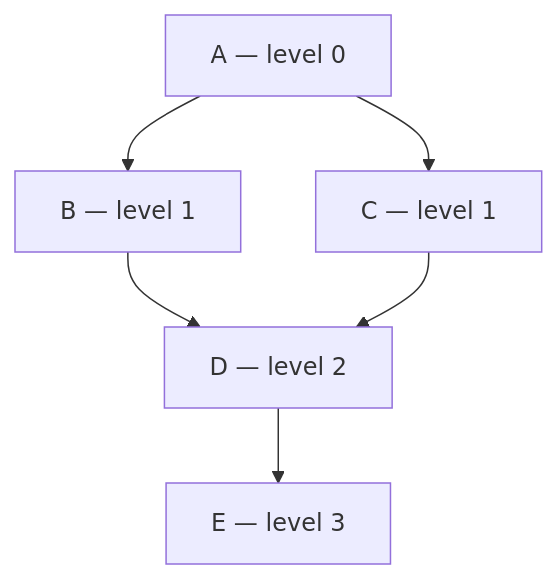
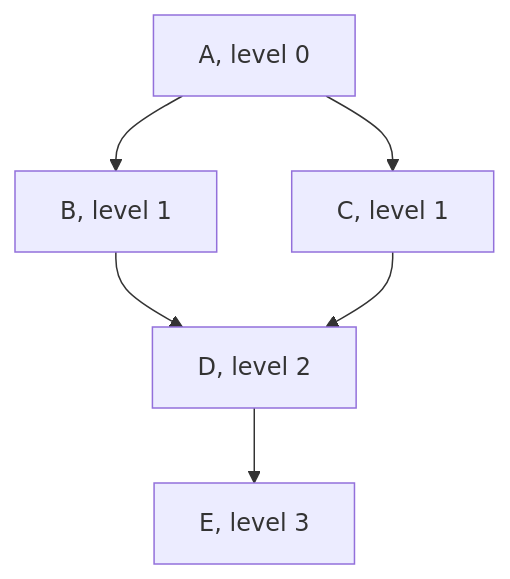
One commit to jennarbates/StratigraphyGenerator changed the diagram in docs/cs/breadth-first-search.md. Above: the diagram before and after it, drawn with Mermaid. The commit also changed other lines of this file and 309 other files, not shown here.

````diff
--- a/docs/cs/breadth-first-search.md
+++ b/docs/cs/breadth-first-search.md
@@ -43,8 +43,8 @@
 ```mermaid
 flowchart TB
-  A["A — level 0"] --> B["B — level 1"]
-  A --> C["C — level 1"]
-  B --> D["D — level 2"]
+  A["A, level 0"] --> B["B, level 1"]
+  A --> C["C, level 1"]
+  B --> D["D, level 2"]
   C --> D
-  D --> E["E — level 3"]
+  D --> E["E, level 3"]
 ```
````
